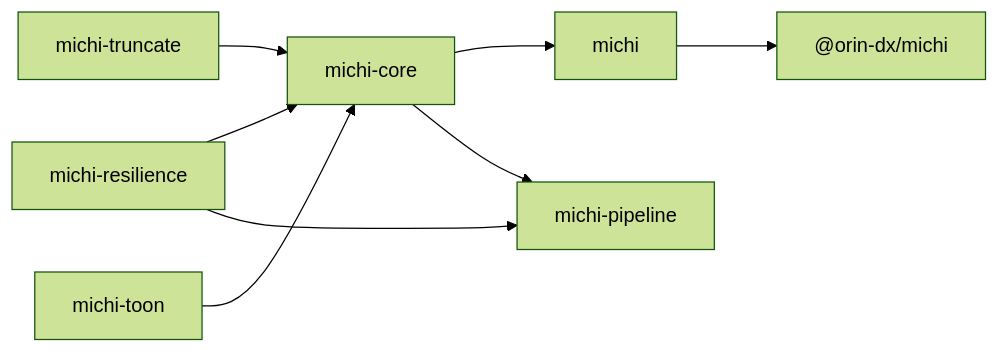
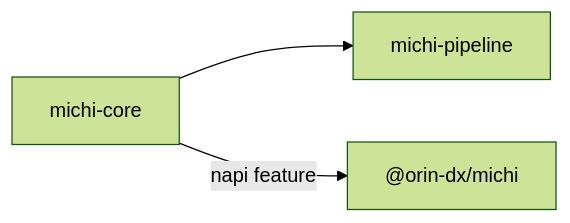
One commit to orin-dx/michi changed the diagram in README.md. Above: the diagram before and after it, drawn with Mermaid (forest theme). The commit also changed other lines of this file and 156 other files, not shown here.

````diff
--- a/README.md
+++ b/README.md
@@ -105,18 +105,9 @@
 ```mermaid
 graph LR
-    truncate[michi-truncate]
-    resilience[michi-resilience]
-    toon[michi-toon]
     core[michi-core]
     pipeline[michi-pipeline]
-    facade[michi]
     node["@orin-dx/michi"]
 
-    truncate --> core
-    resilience --> core
-    toon --> core
-    core --> facade
     core --> pipeline
-    resilience --> pipeline
-    facade --> node
+    core -- napi feature --> node
 ```
````
